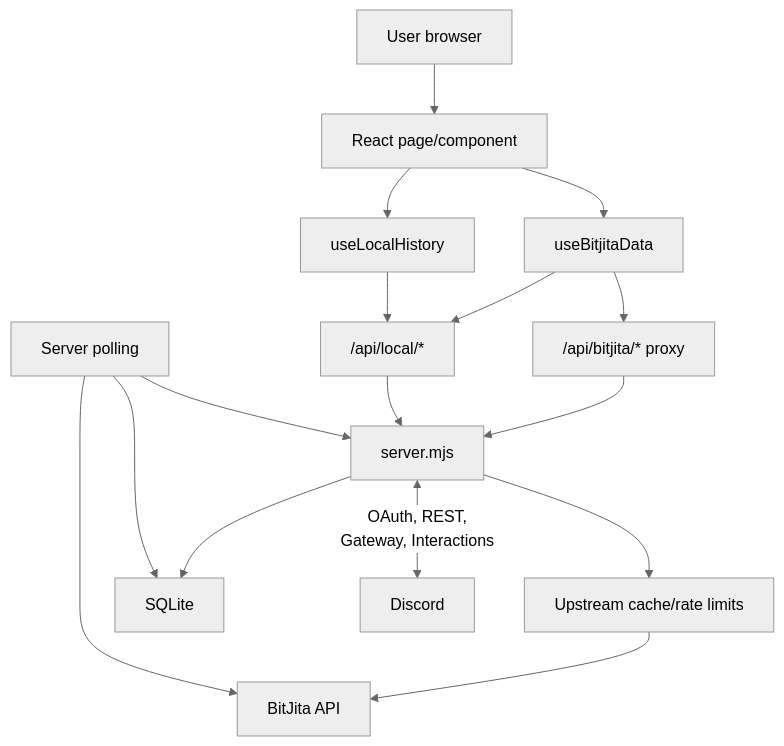
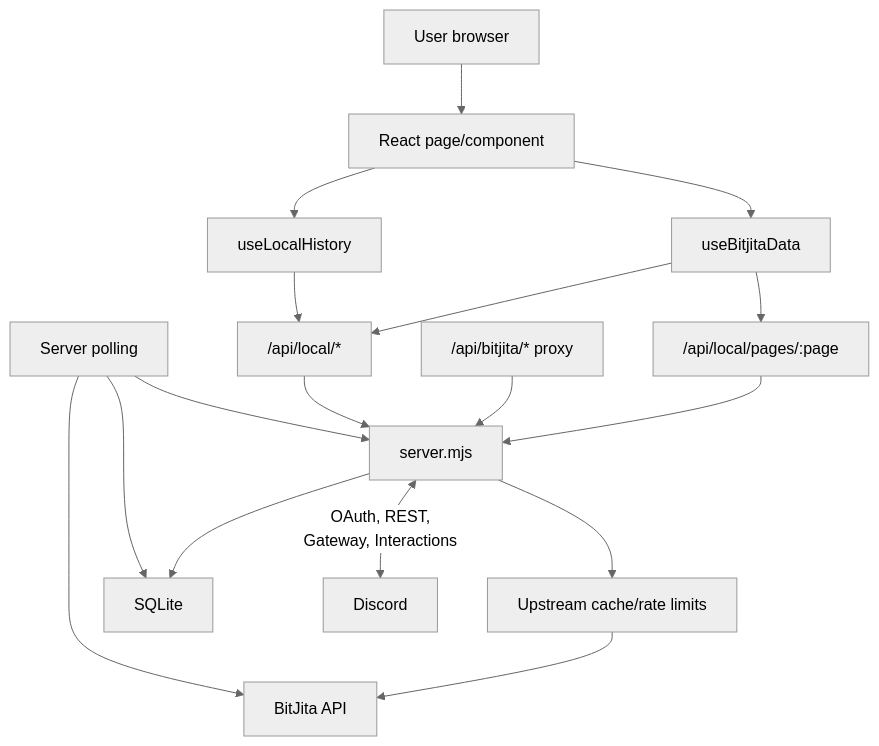
One commit to Red463/bitcraft-claim-monitor changed the second of 6 diagrams in docs/application-overview.md. Above: the diagram before and after it, drawn with Mermaid (neutral theme). The commit also changed other lines of this file and 11 other files, not shown here.

````diff
--- a/docs/application-overview.md
+++ b/docs/application-overview.md
@@ -315,31 +317,33 @@
 ```mermaid
 flowchart TD
   User["User browser"]
   React["React page/component"]
   UseBitjita["useBitjitaData"]
   UseHistory["useLocalHistory"]
+  PageApi["/api/local/pages/:page"]
   LocalApi["/api/local/*"]
   Proxy["/api/bitjita/* proxy"]
   Server["server.mjs"]
   Cache["Upstream cache/rate limits"]
   BitJita["BitJita API"]
   SQLite["SQLite"]
   Poller["Server polling"]
   Discord["Discord"]
 
   User --> React
   React --> UseBitjita
   React --> UseHistory
-  UseBitjita --> Proxy
+  UseBitjita --> PageApi
   UseBitjita --> LocalApi
   UseHistory --> LocalApi
+  PageApi --> Server
   Proxy --> Server
   LocalApi --> Server
   Server --> Cache
   Cache --> BitJita
   Server --> SQLite
   Poller --> Server
   Poller --> BitJita
   Poller --> SQLite
   Server <-->|"OAuth, REST,\nGateway, Interactions"| Discord
 ```
````
